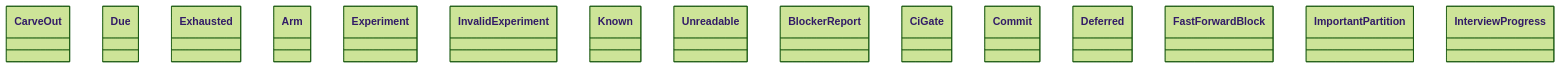
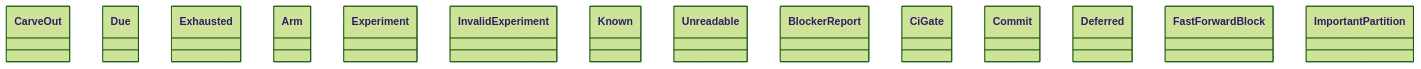
The diagram in docs/architecture/generated/classes-process-domain-state-1.md (GonzaloZevallos/agentic-system), drawn with Mermaid (forest theme) before and after one commit. The commit also changed other lines of this file and 27 other files, not shown here.

First line of the commit message:
Regenerate the architecture docs over current master

````diff
--- a/docs/architecture/generated/classes-process-domain-state-1.md
+++ b/docs/architecture/generated/classes-process-domain-state-1.md
@@ -29,18 +30,17 @@
 ```mermaid
 classDiagram
     class carve_out__CarveOut["CarveOut"]
     class drawing_answer__Due["Due"]
     class drawing_answer__Exhausted["Exhausted"]
     class experiment__Arm["Arm"]
     class experiment__Experiment["Experiment"]
     class experiment__InvalidExperiment["InvalidExperiment"]
     class lead_time__Known["Known"]
     class lead_time__Unreadable["Unreadable"]
     class rules__BlockerReport["BlockerReport"]
     class rules__CiGate["CiGate"]
     class rules__Commit["Commit"]
     class rules__Deferred["Deferred"]
     class rules__FastForwardBlock["FastForwardBlock"]
     class rules__ImportantPartition["ImportantPartition"]
-    class rules__InterviewProgress["InterviewProgress"]
 ```
````
